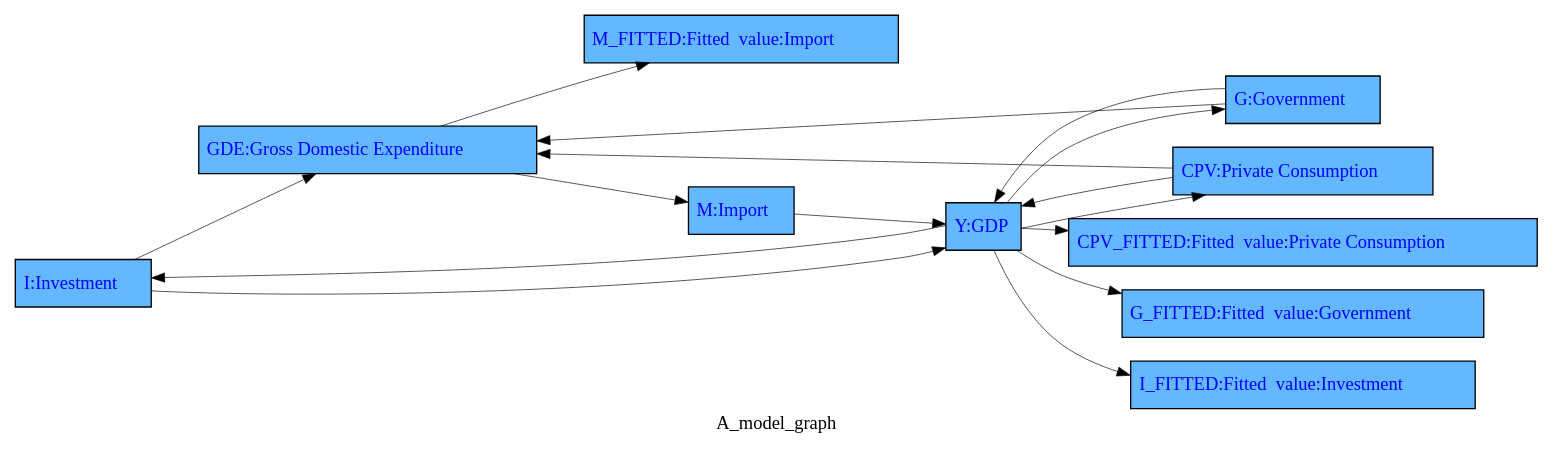
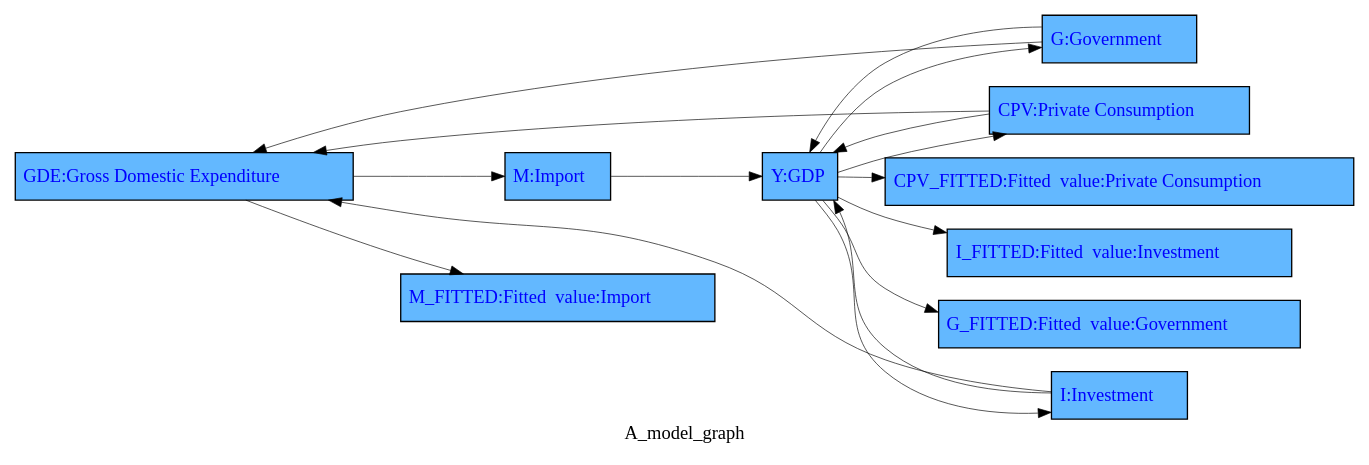
One commit to IbHansen/modelflow-manual changed the diagram in working_paper/thebook/content/howto/smallmodel/graph/A_model_graph.gv. Above: the diagram before and after it, drawn with Graphviz. The commit also changed 435 other files, not shown here.

```diff
--- a/working_paper/thebook/content/howto/smallmodel/graph/A_model_graph.gv
+++ b/working_paper/thebook/content/howto/smallmodel/graph/A_model_graph.gv
@@ -1,30 +1,30 @@
 digraph TD { rankdir ="LR" 
 {node  [margin=0.025 fontcolor=blue style=filled ] 
- "I" [ shape=box fillcolor= steelblue1 tooltip="Investment&#10;FRML &lt;FIXABLE, DAMP&gt; I = (I(-1)*EXP(I_A+ (-C2_I*(LOG(I(-1))-LOG(Y(-1)-G(-1))-C1_I)+C3_I*((LOG(Y))-(LOG(Y(-1))))) )) * (1-I_D)+ I_X*I_D &#36;"  margin=0.025 fontcolor=blue style = filled  label=<<TABLE BORDER='0' CELLBORDER = '0' style = "filled"  > <TR><TD tooltip="Investment&#10;FRML &lt;FIXABLE, DAMP&gt; I = (I(-1)*EXP(I_A+ (-C2_I*(LOG(I(-1))-LOG(Y(-1)-G(-1))-C1_I)+C3_I*((LOG(Y))-(LOG(Y(-1))))) )) * (1-I_D)+ I_X*I_D &#36;">I:Investment</TD></TR> </TABLE>> ]
-"GDE" [ shape=box fillcolor= steelblue1 tooltip="Gross Domestic Expenditure&#10;FRML &lt;IDENT&gt; GDE = CPV+I+G&#36;"  margin=0.025 fontcolor=blue style = filled  label=<<TABLE BORDER='0' CELLBORDER = '0' style = "filled"  > <TR><TD tooltip="Gross Domestic Expenditure&#10;FRML &lt;IDENT&gt; GDE = CPV+I+G&#36;">GDE:Gross Domestic Expenditure</TD></TR> </TABLE>> ]
-"I_FITTED" [ shape=box fillcolor= steelblue1 tooltip="Fitted  value:Investment&#10;FRML &lt;FIT&gt; I_FITTED = I(-1)*EXP( (-C2_I*(LOG(I(-1))-LOG(Y(-1)-G(-1))-C1_I)+C3_I*((LOG(Y))-(LOG(Y(-1))))) )&#36;"  margin=0.025 fontcolor=blue style = filled  label=<<TABLE BORDER='0' CELLBORDER = '0' style = "filled"  > <TR><TD tooltip="Fitted  value:Investment&#10;FRML &lt;FIT&gt; I_FITTED = I(-1)*EXP( (-C2_I*(LOG(I(-1))-LOG(Y(-1)-G(-1))-C1_I)+C3_I*((LOG(Y))-(LOG(Y(-1))))) )&#36;">I_FITTED:Fitted  value:Investment</TD></TR> </TABLE>> ]
-"CPV" [ shape=box fillcolor= steelblue1 tooltip="Private Consumption&#10;FRML &lt;FIXABLE, DAMP&gt; CPV = (CPV(-1)*EXP(CPV_A+ (-C2_CPV*(LOG(CPV(-1))-LOG(Y(-1))-C1_CPV)+C3_CPV*((LOG(Y))-(LOG(Y(-1))))) )) * (1-CPV_D)+ CPV_X*CPV_D &#36;"  margin=0.025 fontcolor=blue style = filled  label=<<TABLE BORDER='0' CELLBORDER = '0' style = "filled"  > <TR><TD tooltip="Private Consumption&#10;FRML &lt;FIXABLE, DAMP&gt; CPV = (CPV(-1)*EXP(CPV_A+ (-C2_CPV*(LOG(CPV(-1))-LOG(Y(-1))-C1_CPV)+C3_CPV*((LOG(Y))-(LOG(Y(-1))))) )) * (1-CPV_D)+ CPV_X*CPV_D &#36;">CPV:Private Consumption</TD></TR> </TABLE>> ]
+ "GDE" [ shape=box fillcolor= steelblue1 tooltip="Gross Domestic Expenditure&#10;FRML &lt;IDENT&gt; GDE = CPV+I+G&#36;"  margin=0.025 fontcolor=blue style = filled  label=<<TABLE BORDER='0' CELLBORDER = '0' style = "filled"  > <TR><TD tooltip="Gross Domestic Expenditure&#10;FRML &lt;IDENT&gt; GDE = CPV+I+G&#36;">GDE:Gross Domestic Expenditure</TD></TR> </TABLE>> ]
 "M" [ shape=box fillcolor= steelblue1 tooltip="Import&#10;FRML &lt;FIXABLE, DAMP&gt; M = (M(-1)*EXP(M_A+ (-C2_M*(LOG(M(-1))-LOG(GDE(-1))-C1_M)+C3_M*((LOG(GDE))-(LOG(GDE(-1))))) )) * (1-M_D)+ M_X*M_D &#36;"  margin=0.025 fontcolor=blue style = filled  label=<<TABLE BORDER='0' CELLBORDER = '0' style = "filled"  > <TR><TD tooltip="Import&#10;FRML &lt;FIXABLE, DAMP&gt; M = (M(-1)*EXP(M_A+ (-C2_M*(LOG(M(-1))-LOG(GDE(-1))-C1_M)+C3_M*((LOG(GDE))-(LOG(GDE(-1))))) )) * (1-M_D)+ M_X*M_D &#36;">M:Import</TD></TR> </TABLE>> ]
 "CPV_FITTED" [ shape=box fillcolor= steelblue1 tooltip="Fitted  value:Private Consumption&#10;FRML &lt;FIT&gt; CPV_FITTED = CPV(-1)*EXP( (-C2_CPV*(LOG(CPV(-1))-LOG(Y(-1))-C1_CPV)+C3_CPV*((LOG(Y))-(LOG(Y(-1))))) )&#36;"  margin=0.025 fontcolor=blue style = filled  label=<<TABLE BORDER='0' CELLBORDER = '0' style = "filled"  > <TR><TD tooltip="Fitted  value:Private Consumption&#10;FRML &lt;FIT&gt; CPV_FITTED = CPV(-1)*EXP( (-C2_CPV*(LOG(CPV(-1))-LOG(Y(-1))-C1_CPV)+C3_CPV*((LOG(Y))-(LOG(Y(-1))))) )&#36;">CPV_FITTED:Fitted  value:Private Consumption</TD></TR> </TABLE>> ]
 "G" [ shape=box fillcolor= steelblue1 tooltip="Government&#10;FRML &lt;FIXABLE, DAMP&gt; G = (G(-1)*EXP(G_A+ (-C2_G*(LOG(G(-1))-LOG(Y(-1))-C1_G)+C3_G*((LOG(Y))-(LOG(Y(-1))))) )) * (1-G_D)+ G_X*G_D &#36;"  margin=0.025 fontcolor=blue style = filled  label=<<TABLE BORDER='0' CELLBORDER = '0' style = "filled"  > <TR><TD tooltip="Government&#10;FRML &lt;FIXABLE, DAMP&gt; G = (G(-1)*EXP(G_A+ (-C2_G*(LOG(G(-1))-LOG(Y(-1))-C1_G)+C3_G*((LOG(Y))-(LOG(Y(-1))))) )) * (1-G_D)+ G_X*G_D &#36;">G:Government</TD></TR> </TABLE>> ]
+"CPV" [ shape=box fillcolor= steelblue1 tooltip="Private Consumption&#10;FRML &lt;FIXABLE, DAMP&gt; CPV = (CPV(-1)*EXP(CPV_A+ (-C2_CPV*(LOG(CPV(-1))-LOG(Y(-1))-C1_CPV)+C3_CPV*((LOG(Y))-(LOG(Y(-1))))) )) * (1-CPV_D)+ CPV_X*CPV_D &#36;"  margin=0.025 fontcolor=blue style = filled  label=<<TABLE BORDER='0' CELLBORDER = '0' style = "filled"  > <TR><TD tooltip="Private Consumption&#10;FRML &lt;FIXABLE, DAMP&gt; CPV = (CPV(-1)*EXP(CPV_A+ (-C2_CPV*(LOG(CPV(-1))-LOG(Y(-1))-C1_CPV)+C3_CPV*((LOG(Y))-(LOG(Y(-1))))) )) * (1-CPV_D)+ CPV_X*CPV_D &#36;">CPV:Private Consumption</TD></TR> </TABLE>> ]
+"M_FITTED" [ shape=box fillcolor= steelblue1 tooltip="Fitted  value:Import&#10;FRML &lt;FIT&gt; M_FITTED = M(-1)*EXP( (-C2_M*(LOG(M(-1))-LOG(GDE(-1))-C1_M)+C3_M*((LOG(GDE))-(LOG(GDE(-1))))) )&#36;"  margin=0.025 fontcolor=blue style = filled  label=<<TABLE BORDER='0' CELLBORDER = '0' style = "filled"  > <TR><TD tooltip="Fitted  value:Import&#10;FRML &lt;FIT&gt; M_FITTED = M(-1)*EXP( (-C2_M*(LOG(M(-1))-LOG(GDE(-1))-C1_M)+C3_M*((LOG(GDE))-(LOG(GDE(-1))))) )&#36;">M_FITTED:Fitted  value:Import</TD></TR> </TABLE>> ]
 "Y" [ shape=box fillcolor= steelblue1 tooltip="GDP&#10;FRML &lt;IDENT&gt; Y = CPV+I+G+X-M+YDISC&#36;"  margin=0.025 fontcolor=blue style = filled  label=<<TABLE BORDER='0' CELLBORDER = '0' style = "filled"  > <TR><TD tooltip="GDP&#10;FRML &lt;IDENT&gt; Y = CPV+I+G+X-M+YDISC&#36;">Y:GDP</TD></TR> </TABLE>> ]
-"M_FITTED" [ shape=box fillcolor= steelblue1 tooltip="Fitted  value:Import&#10;FRML &lt;FIT&gt; M_FITTED = M(-1)*EXP( (-C2_M*(LOG(M(-1))-LOG(GDE(-1))-C1_M)+C3_M*((LOG(GDE))-(LOG(GDE(-1))))) )&#36;"  margin=0.025 fontcolor=blue style = filled  label=<<TABLE BORDER='0' CELLBORDER = '0' style = "filled"  > <TR><TD tooltip="Fitted  value:Import&#10;FRML &lt;FIT&gt; M_FITTED = M(-1)*EXP( (-C2_M*(LOG(M(-1))-LOG(GDE(-1))-C1_M)+C3_M*((LOG(GDE))-(LOG(GDE(-1))))) )&#36;">M_FITTED:Fitted  value:Import</TD></TR> </TABLE>> ]
+"I" [ shape=box fillcolor= steelblue1 tooltip="Investment&#10;FRML &lt;FIXABLE, DAMP&gt; I = (I(-1)*EXP(I_A+ (-C2_I*(LOG(I(-1))-LOG(Y(-1)-G(-1))-C1_I)+C3_I*((LOG(Y))-(LOG(Y(-1))))) )) * (1-I_D)+ I_X*I_D &#36;"  margin=0.025 fontcolor=blue style = filled  label=<<TABLE BORDER='0' CELLBORDER = '0' style = "filled"  > <TR><TD tooltip="Investment&#10;FRML &lt;FIXABLE, DAMP&gt; I = (I(-1)*EXP(I_A+ (-C2_I*(LOG(I(-1))-LOG(Y(-1)-G(-1))-C1_I)+C3_I*((LOG(Y))-(LOG(Y(-1))))) )) * (1-I_D)+ I_X*I_D &#36;">I:Investment</TD></TR> </TABLE>> ]
+"I_FITTED" [ shape=box fillcolor= steelblue1 tooltip="Fitted  value:Investment&#10;FRML &lt;FIT&gt; I_FITTED = I(-1)*EXP( (-C2_I*(LOG(I(-1))-LOG(Y(-1)-G(-1))-C1_I)+C3_I*((LOG(Y))-(LOG(Y(-1))))) )&#36;"  margin=0.025 fontcolor=blue style = filled  label=<<TABLE BORDER='0' CELLBORDER = '0' style = "filled"  > <TR><TD tooltip="Fitted  value:Investment&#10;FRML &lt;FIT&gt; I_FITTED = I(-1)*EXP( (-C2_I*(LOG(I(-1))-LOG(Y(-1)-G(-1))-C1_I)+C3_I*((LOG(Y))-(LOG(Y(-1))))) )&#36;">I_FITTED:Fitted  value:Investment</TD></TR> </TABLE>> ]
 "G_FITTED" [ shape=box fillcolor= steelblue1 tooltip="Fitted  value:Government&#10;FRML &lt;FIT&gt; G_FITTED = G(-1)*EXP( (-C2_G*(LOG(G(-1))-LOG(Y(-1))-C1_G)+C3_G*((LOG(Y))-(LOG(Y(-1))))) )&#36;"  margin=0.025 fontcolor=blue style = filled  label=<<TABLE BORDER='0' CELLBORDER = '0' style = "filled"  > <TR><TD tooltip="Fitted  value:Government&#10;FRML &lt;FIT&gt; G_FITTED = G(-1)*EXP( (-C2_G*(LOG(G(-1))-LOG(Y(-1))-C1_G)+C3_G*((LOG(Y))-(LOG(Y(-1))))) )&#36;">G_FITTED:Fitted  value:Government</TD></TR> </TABLE>> ] 
 } 
+"GDE" -> "M" [ style = filled tooltip=NA href="bogus" penwidth = 0.5 ]
+"CPV" -> "GDE" [ style = filled tooltip=NA href="bogus" penwidth = 0.5 ]
+"I" -> "Y" [ style = filled tooltip=NA href="bogus" penwidth = 0.5 ]
+"G" -> "Y" [ style = filled tooltip=NA href="bogus" penwidth = 0.5 ]
+"M" -> "Y" [ style = filled tooltip=NA href="bogus" penwidth = 0.5 ]
+"Y" -> "CPV" [ style = filled tooltip=NA href="bogus" penwidth = 0.5 ]
+"CPV" -> "Y" [ style = filled tooltip=NA href="bogus" penwidth = 0.5 ]
+"Y" -> "CPV_FITTED" [ style = filled tooltip=NA href="bogus" penwidth = 0.5 ]
+"I" -> "GDE" [ style = filled tooltip=NA href="bogus" penwidth = 0.5 ]
+"Y" -> "I_FITTED" [ style = filled tooltip=NA href="bogus" penwidth = 0.5 ]
+"G" -> "GDE" [ style = filled tooltip=NA href="bogus" penwidth = 0.5 ]
+"Y" -> "I" [ style = filled tooltip=NA href="bogus" penwidth = 0.5 ]
+"Y" -> "G_FITTED" [ style = filled tooltip=NA href="bogus" penwidth = 0.5 ]
 "Y" -> "G" [ style = filled tooltip=NA href="bogus" penwidth = 0.5 ]
-"Y" -> "I_FITTED" [ style = filled tooltip=NA href="bogus" penwidth = 0.5 ]
 "GDE" -> "M_FITTED" [ style = filled tooltip=NA href="bogus" penwidth = 0.5 ]
-"GDE" -> "M" [ style = filled tooltip=NA href="bogus" penwidth = 0.5 ]
-"CPV" -> "Y" [ style = filled tooltip=NA href="bogus" penwidth = 0.5 ]
-"Y" -> "CPV" [ style = filled tooltip=NA href="bogus" penwidth = 0.5 ]
-"CPV" -> "GDE" [ style = filled tooltip=NA href="bogus" penwidth = 0.5 ]
-"G" -> "GDE" [ style = filled tooltip=NA href="bogus" penwidth = 0.5 ]
-"G" -> "Y" [ style = filled tooltip=NA href="bogus" penwidth = 0.5 ]
-"I" -> "GDE" [ style = filled tooltip=NA href="bogus" penwidth = 0.5 ]
-"Y" -> "CPV_FITTED" [ style = filled tooltip=NA href="bogus" penwidth = 0.5 ]
-"Y" -> "G_FITTED" [ style = filled tooltip=NA href="bogus" penwidth = 0.5 ]
-"I" -> "Y" [ style = filled tooltip=NA href="bogus" penwidth = 0.5 ]
-"M" -> "Y" [ style = filled tooltip=NA href="bogus" penwidth = 0.5 ]
-"Y" -> "I" [ style = filled tooltip=NA href="bogus" penwidth = 0.5 ]
  label = "A_model_graph";
 }
```
